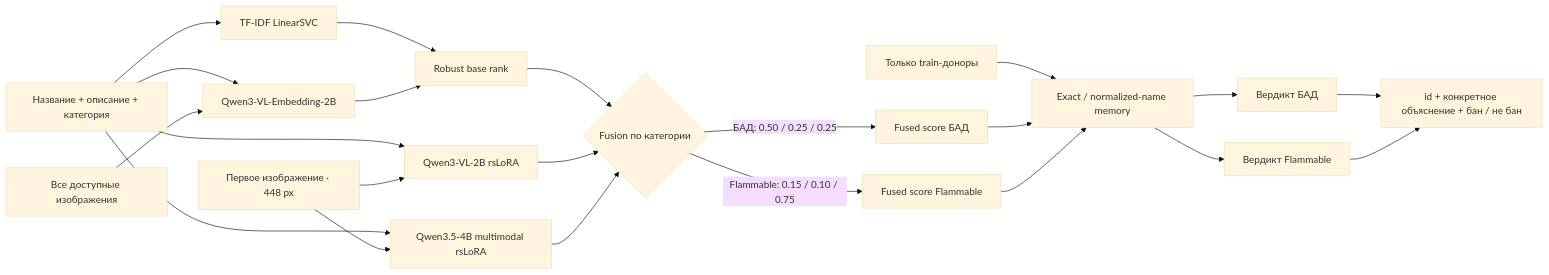
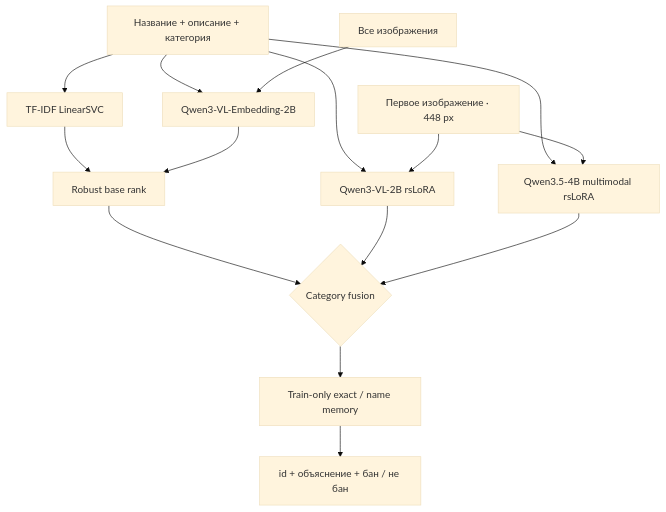
The diagram in docs/research/solution-140-journey.md (triflt/ecup-2026-quality), drawn with Mermaid (base theme) before and after one commit. The commit also changed other lines of this file, not shown here.

````diff
--- a/docs/research/solution-140-journey.md
+++ b/docs/research/solution-140-journey.md
@@ -58,25 +19,22 @@
 ```mermaid
-flowchart LR
-    A[Название + описание + категория] --> T[TF-IDF LinearSVC]
-    A --> E[Qwen3-VL-Embedding-2B]
-    A --> V[Qwen3-VL-2B rsLoRA]
-    A --> Q[Qwen3.5-4B multimodal rsLoRA]
-    IA[Все доступные изображения] --> E
-    I1[Первое изображение · 448 px] --> V
+flowchart TB
+    T[Название + описание + категория]
+    IA[Все изображения]
+    I1[Первое изображение · 448 px]
+
+    T --> S[TF-IDF LinearSVC]
+    T --> E[Qwen3-VL-Embedding-2B]
+    T --> V[Qwen3-VL-2B rsLoRA]
+    T --> Q[Qwen3.5-4B multimodal rsLoRA]
+    IA --> E
+    I1 --> V
     I1 --> Q
-    D[Только train-доноры] --> M[Exact / normalized-name memory]
 
-    T --> RB[Robust base rank]
-    E --> RB
-    RB --> F{Fusion по категории}
+    S --> R[Robust base rank]
+    E --> R
+    R --> F{Category fusion}
     V --> F
     Q --> F
-    F -->|БАД: 0.50 / 0.25 / 0.25| FB[Fused score БАД]
-    F -->|Flammable: 0.15 / 0.10 / 0.75| FC[Fused score Flammable]
-    FB --> M
-    FC --> M
-    M --> B[Вердикт БАД]
-    M --> C[Вердикт Flammable]
-    B --> O[id + конкретное объяснение + бан / не бан]
-    C --> O
+    F --> M[Train-only exact / name memory]
+    M --> O[id + объяснение + бан / не бан]
 ```
````
